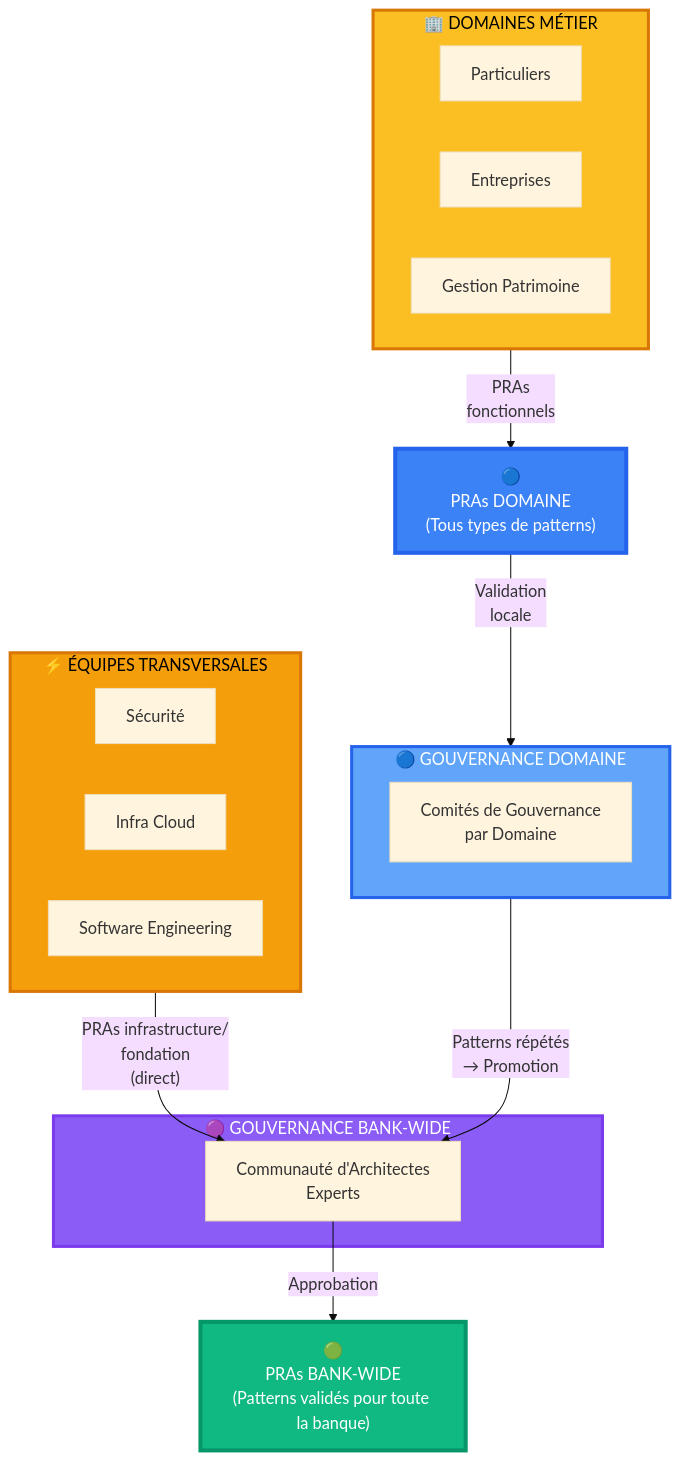
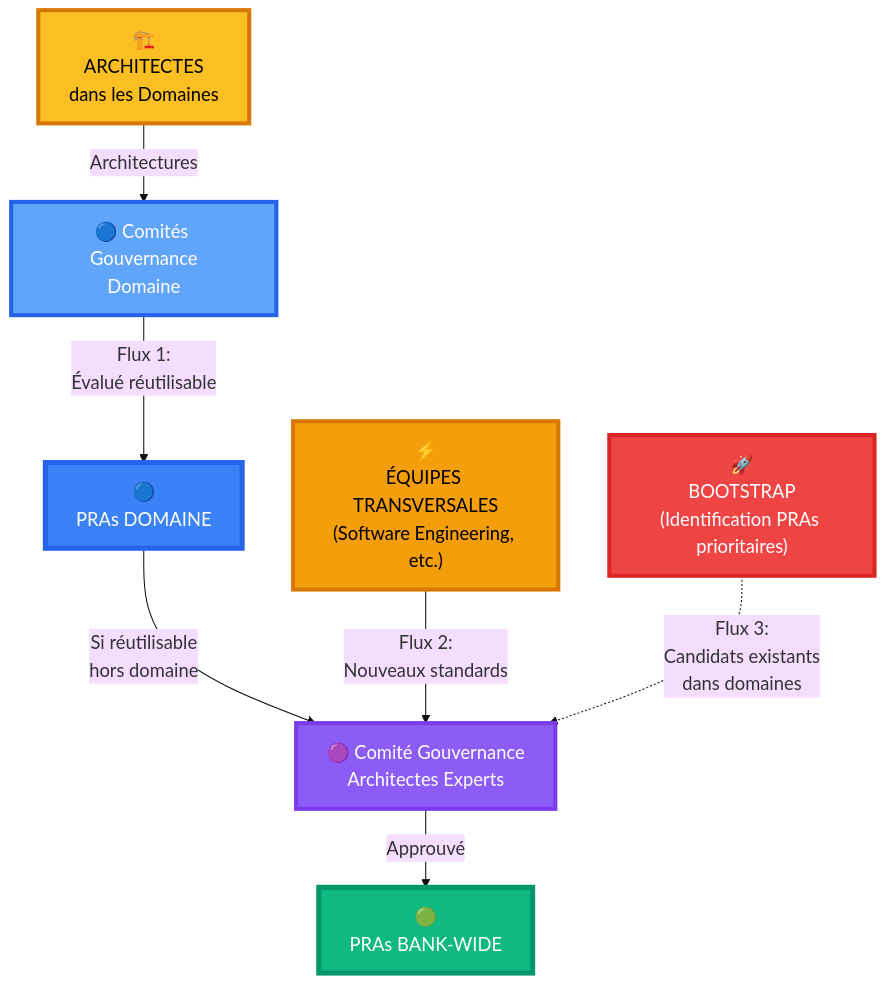
Before and after one commit to FofanaAmara/proven-reusable-architecture: the first of 2 diagrams in site/content/fr/registre/index.md, drawn with Mermaid. The commit also changed other lines of this file and 1 other file, not shown here.

Commit message:
docs: add 3-flow PRA ecosystem model with Bootstrap strategy
- Add Flux 3 (Bootstrap) to reflect transitional quick-start strategy
- Redesign diagram with vertical layout showing 3 distinct sources:
  * Architects in domains (organic emergence)
  * Cross-cutting teams (top-down standards)
  * Bootstrap (priority identification from existing patterns)
- Update flow explanations from 2-flow to comprehensive 3-flow model
- Bootstrap shown with dotted line as transitional (not permanent)
- Reflects reality: no existing registry → identify priorities → promote existing domain patterns directly to Bank-Wide

Closes the gap between idealized process and current pragmatic approach.

````diff
--- a/site/content/fr/registre/index.md
+++ b/site/content/fr/registre/index.md
@@ -18,39 +18,31 @@
 ```mermaid
-%%{init: {'theme':'base', 'themeVariables': { 'fontSize':'16px'}}}%%
+%%{init: {'theme':'base', 'themeVariables': { 'fontSize':'18px'}}}%%
 graph TB
-    subgraph TRANS["⚡ ÉQUIPES TRANSVERSALES"]
-        SEC["Sécurité"]
-        INFRA["Infra Cloud"]
-        SE["Software Engineering"]
-    end
+    ARCH["🏗️<br/>ARCHITECTES<br/>dans les Domaines"]
+    TRANS["⚡<br/>ÉQUIPES TRANSVERSALES<br/>(Software Engineering, etc.)"]
+    BOOT["🚀<br/>BOOTSTRAP<br/>(Identification PRAs prioritaires)"]
 
-    subgraph DOMAINS["🏢 DOMAINES MÉTIER"]
-        PART["Particuliers"]
-        ENT["Entreprises"]
-        GP["Gestion Patrimoine"]
-    end
+    GOV_DOM["🔵 Comités Gouvernance<br/>Domaine"]
+    GOV_BW["🟣 Comité Gouvernance<br/>Architectes Experts"]
 
-    subgraph GOV_DOM["🔵 GOUVERNANCE DOMAINE"]
-        GOVD["Comités de Gouvernance<br/>par Domaine"]
-    end
+    DOM["🔵<br/>PRAs DOMAINE"]
+    BW["🟢<br/>PRAs BANK-WIDE"]
 
-    subgraph GOV_BW["🟣 GOUVERNANCE BANK-WIDE"]
-        GOVB["Communauté d'Architectes<br/>Experts"]
-    end
+    ARCH -->|"Architectures"| GOV_DOM
+    GOV_DOM -->|"Flux 1:<br/>Évalué réutilisable"| DOM
+    DOM -->|"Si réutilisable<br/>hors domaine"| GOV_BW
 
-    DOM["🔵<br/>PRAs DOMAINE<br/>(Tous types de patterns)"]
-    BW["🟢<br/>PRAs BANK-WIDE<br/>(Patterns validés pour toute la banque)"]
+    TRANS -->|"Flux 2:<br/>Nouveaux standards"| GOV_BW
 
-    TRANS -->|"PRAs infrastructure/<br/>fondation<br/>(direct)"| GOVB
-    DOMAINS -->|"PRAs<br/>fonctionnels"| DOM
-    DOM -->|"Validation<br/>locale"| GOV_DOM
-    GOV_DOM -->|"Patterns répétés<br/>→ Promotion"| GOVB
-    GOVB -->|"Approbation"| BW
+    BOOT -.->|"Flux 3:<br/>Candidats existants<br/>dans domaines"| GOV_BW
 
-    style BW fill:#10b981,stroke:#059669,stroke-width:4px,color:#fff
-    style DOM fill:#3b82f6,stroke:#2563eb,stroke-width:4px,color:#fff
-    style GOV_BW fill:#8b5cf6,stroke:#7c3aed,stroke-width:3px,color:#fff
-    style GOV_DOM fill:#60a5fa,stroke:#2563eb,stroke-width:3px,color:#fff
-    style TRANS fill:#f59e0b,stroke:#d97706,stroke-width:3px,color:#000
-    style DOMAINS fill:#fbbf24,stroke:#d97706,stroke-width:3px,color:#000
+    GOV_BW -->|"Approuvé"| BW
+
+    style BW fill:#10b981,stroke:#059669,stroke-width:5px,color:#fff
+    style DOM fill:#3b82f6,stroke:#2563eb,stroke-width:5px,color:#fff
+    style GOV_BW fill:#8b5cf6,stroke:#7c3aed,stroke-width:4px,color:#fff
+    style GOV_DOM fill:#60a5fa,stroke:#2563eb,stroke-width:4px,color:#fff
+    style ARCH fill:#fbbf24,stroke:#d97706,stroke-width:4px,color:#000
+    style TRANS fill:#f59e0b,stroke:#d97706,stroke-width:4px,color:#000
+    style BOOT fill:#ef4444,stroke:#dc2626,stroke-width:4px,color:#fff
 ```
````
